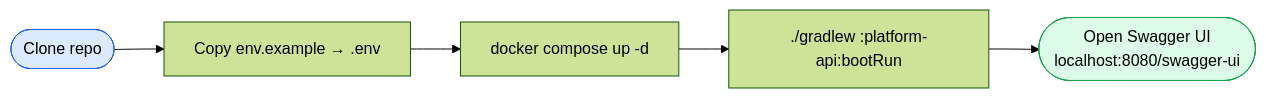
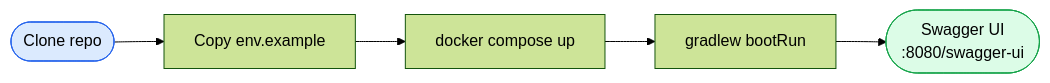
Before and after one commit to avinashreddyoceans/transform-platform: the first of 3 diagrams in website/docs/getting-started.md, drawn with Mermaid (forest theme). The commit also changed other lines of this file and 53 other files, not shown here.

Commit message:
added mermaid diagrams

````diff
--- a/website/docs/getting-started.md
+++ b/website/docs/getting-started.md
@@ -13,10 +13,10 @@
 ```mermaid
 flowchart LR
-    A([Clone repo]) --> B[Copy env.example → .env]
-    B --> C[docker compose up -d]
-    C --> D[./gradlew :platform-api:bootRun]
-    D --> E([Open Swagger UI\nlocalhost:8080/swagger-ui])
+    A([Clone repo]) --> B[Copy env.example]
+    B --> C[docker compose up]
+    C --> D[gradlew bootRun]
+    D --> E([Swagger UI\n:8080/swagger-ui])
 
     style A fill:#dbeafe,stroke:#2563eb
     style E fill:#dcfce7,stroke:#16a34a
 ```
````
